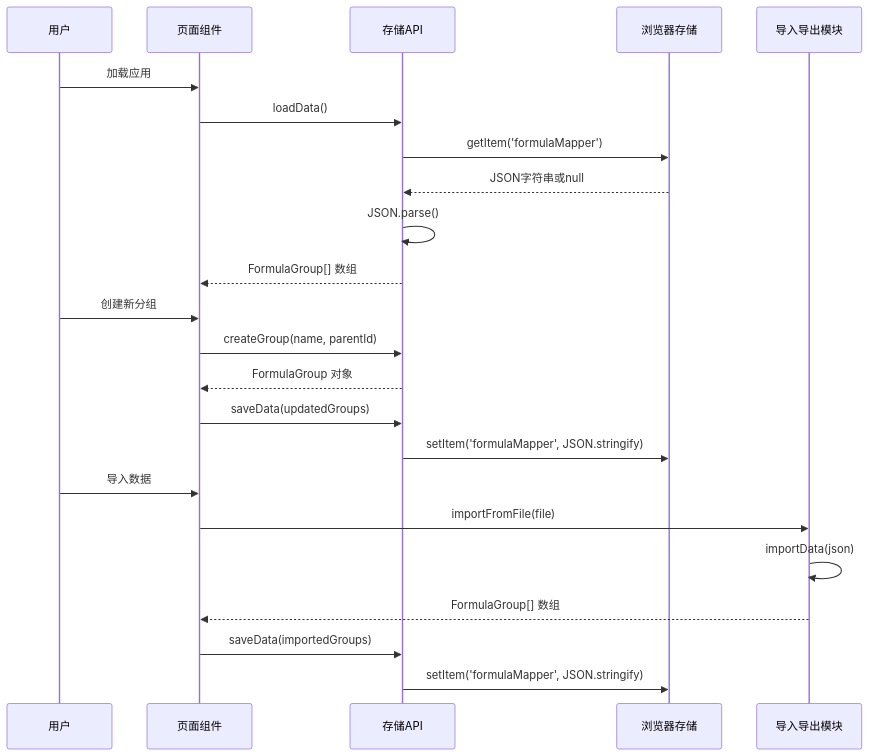
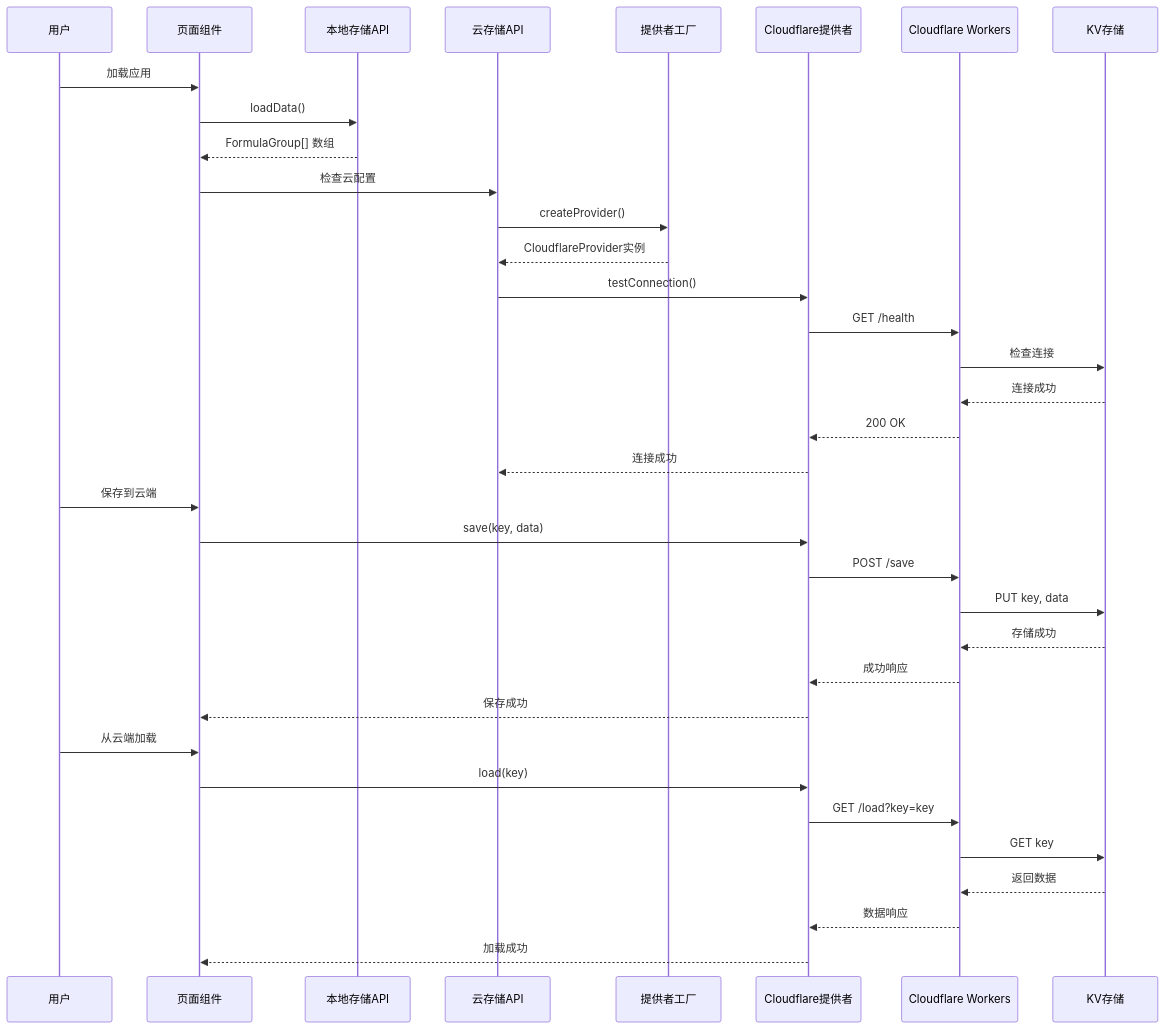
Before and after one commit to steveyu2/formula-mapper: the second of 6 diagrams in .qoder/repowiki/zh/content/API参考/数据存储API.md, drawn with Mermaid. The commit also changed other lines of this file and 14 other files, not shown here.

````diff
--- a/.qoder/repowiki/zh/content/API参考/数据存储API.md
+++ b/.qoder/repowiki/zh/content/API参考/数据存储API.md
@@ -275,25 +331,37 @@
 ```mermaid
 sequenceDiagram
 participant User as 用户
 participant Page as 页面组件
-participant Storage as 存储API
-participant LocalStorage as 浏览器存储
-participant ImportExport as 导入导出模块
+participant LocalStorage as 本地存储API
+participant CloudAPI as 云存储API
+participant ProviderFactory as 提供者工厂
+participant CloudflareProvider as Cloudflare提供者
+participant Workers as Cloudflare Workers
+participant KV as KV存储
 User->>Page : 加载应用
-Page->>Storage : loadData()
-Storage->>LocalStorage : getItem('formulaMapper')
-LocalStorage-->>Storage : JSON字符串或null
-Storage->>Storage : JSON.parse()
-Storage-->>Page : FormulaGroup[] 数组
-User->>Page : 创建新分组
-Page->>Storage : createGroup(name, parentId)
-Storage-->>Page : FormulaGroup 对象
-Page->>Storage : saveData(updatedGroups)
-Storage->>LocalStorage : setItem('formulaMapper', JSON.stringify)
-User->>Page : 导入数据
-Page->>ImportExport : importFromFile(file)
-ImportExport->>ImportExport : importData(json)
-ImportExport-->>Page : FormulaGroup[] 数组
-Page->>Storage : saveData(importedGroups)
-Storage->>LocalStorage : setItem('formulaMapper', JSON.stringify)
+Page->>LocalStorage : loadData()
+LocalStorage-->>Page : FormulaGroup[] 数组
+Page->>CloudAPI : 检查云配置
+CloudAPI->>ProviderFactory : createProvider()
+ProviderFactory-->>CloudAPI : CloudflareProvider实例
+CloudAPI->>CloudflareProvider : testConnection()
+CloudflareProvider->>Workers : GET /health
+Workers->>KV : 检查连接
+KV-->>Workers : 连接成功
+Workers-->>CloudflareProvider : 200 OK
+CloudflareProvider-->>CloudAPI : 连接成功
+User->>Page : 保存到云端
+Page->>CloudflareProvider : save(key, data)
+CloudflareProvider->>Workers : POST /save
+Workers->>KV : PUT key, data
+KV-->>Workers : 存储成功
+Workers-->>CloudflareProvider : 成功响应
+CloudflareProvider-->>Page : 保存成功
+User->>Page : 从云端加载
+Page->>CloudflareProvider : load(key)
+CloudflareProvider->>Workers : GET /load?key=key
+Workers->>KV : GET key
+KV-->>Workers : 返回数据
+Workers-->>CloudflareProvider : 数据响应
+CloudflareProvider-->>Page : 加载成功
 ```
````
